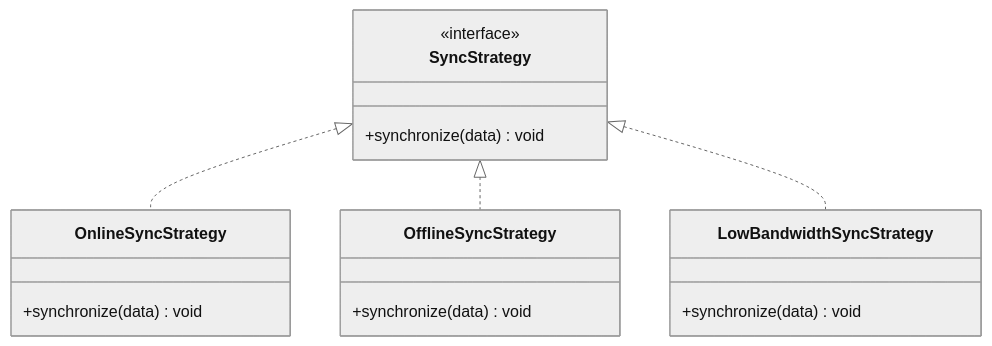
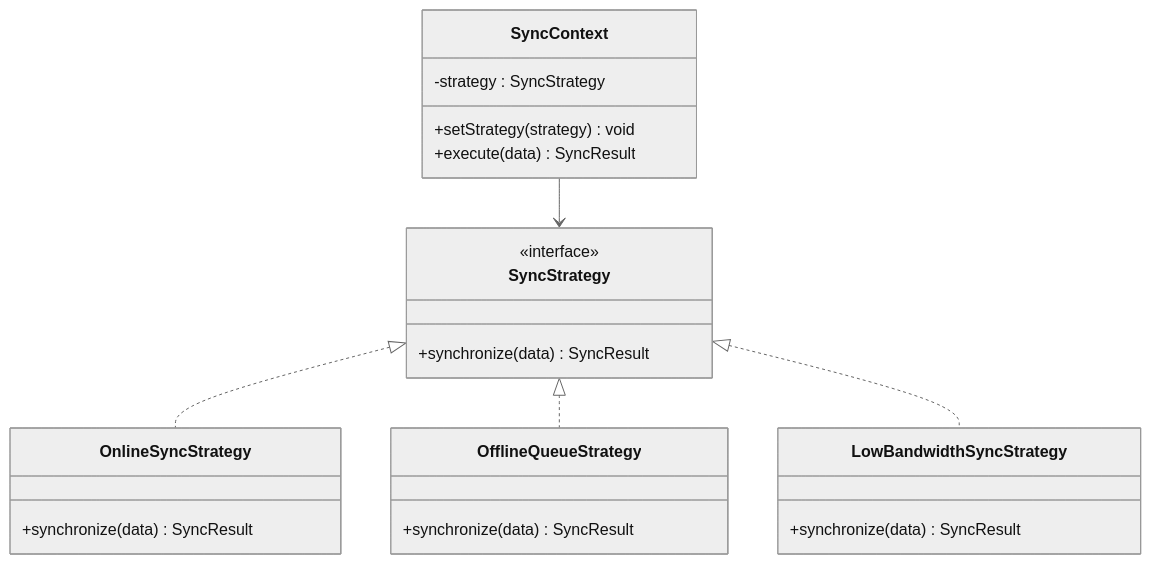
Before and after one commit to benoit-bremaud/eval-archi-healthruralnet: the second of 4 diagrams in docs/part3-design-patterns.md, drawn with Mermaid (neutral theme). The commit also changed other lines of this file and 1 other file, not shown here.

````diff
--- a/docs/part3-design-patterns.md
+++ b/docs/part3-design-patterns.md
@@ -76,19 +109,25 @@
 ```mermaid
 classDiagram
     class SyncStrategy {
         <<interface>>
-        +synchronize(data) void
+        +synchronize(data) SyncResult
     }
     class OnlineSyncStrategy {
-        +synchronize(data) void
+        +synchronize(data) SyncResult
     }
-    class OfflineSyncStrategy {
-        +synchronize(data) void
+    class OfflineQueueStrategy {
+        +synchronize(data) SyncResult
     }
     class LowBandwidthSyncStrategy {
-        +synchronize(data) void
+        +synchronize(data) SyncResult
+    }
+    class SyncContext {
+        -strategy : SyncStrategy
+        +setStrategy(strategy) void
+        +execute(data) SyncResult
     }
     SyncStrategy <|.. OnlineSyncStrategy
-    SyncStrategy <|.. OfflineSyncStrategy
+    SyncStrategy <|.. OfflineQueueStrategy
     SyncStrategy <|.. LowBandwidthSyncStrategy
+    SyncContext --> SyncStrategy
 ```
````
